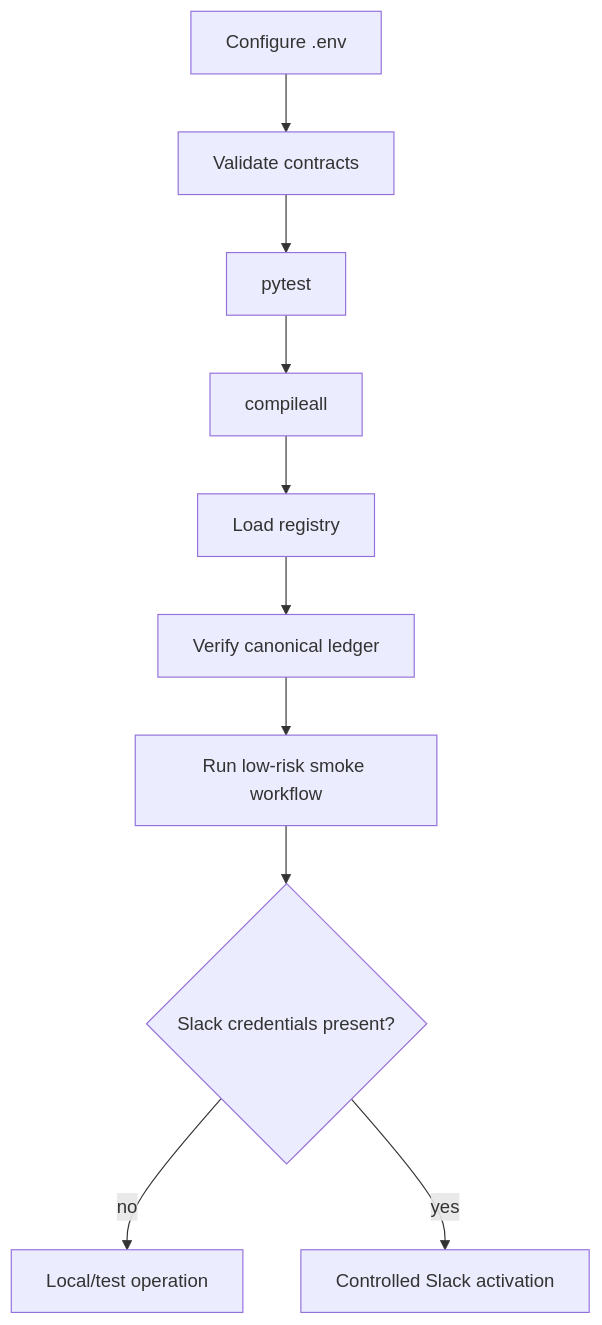
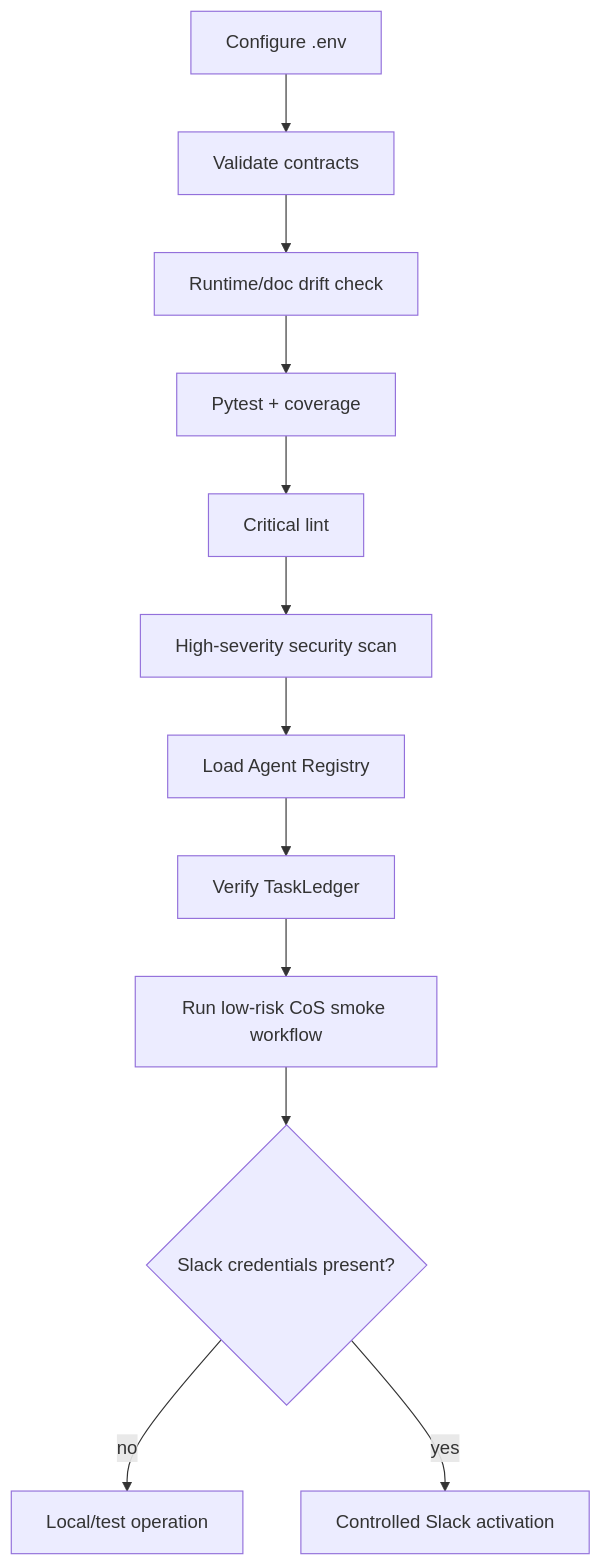
One commit to mkleinbe/mesh-ai-agent-cos-universe changed the first of 3 diagrams in docs/runbook.md. Above: the diagram before and after it, drawn with Mermaid. The commit also changed other lines of this file, not shown here.

````diff
--- a/docs/runbook.md
+++ b/docs/runbook.md
@@ -5,12 +5,14 @@
 ```mermaid
 flowchart TB
     CFG[Configure .env] --> CONTRACTS[Validate contracts]
-    CONTRACTS --> TEST[pytest]
-    TEST --> COMP[compileall]
-    COMP --> REG[Load registry]
-    REG --> LEDGER[Verify canonical ledger]
-    LEDGER --> SMOKE[Run low-risk smoke workflow]
+    CONTRACTS --> DRIFT[Runtime/doc drift check]
+    DRIFT --> TEST[Pytest + coverage]
+    TEST --> LINT[Critical lint]
+    LINT --> SEC[High-severity security scan]
+    SEC --> REG[Load Agent Registry]
+    REG --> LEDGER[Verify TaskLedger]
+    LEDGER --> SMOKE[Run low-risk CoS smoke workflow]
     SMOKE --> SLACK{Slack credentials present?}
     SLACK -->|no| LOCAL[Local/test operation]
     SLACK -->|yes| LIVE[Controlled Slack activation]
 ```
````
